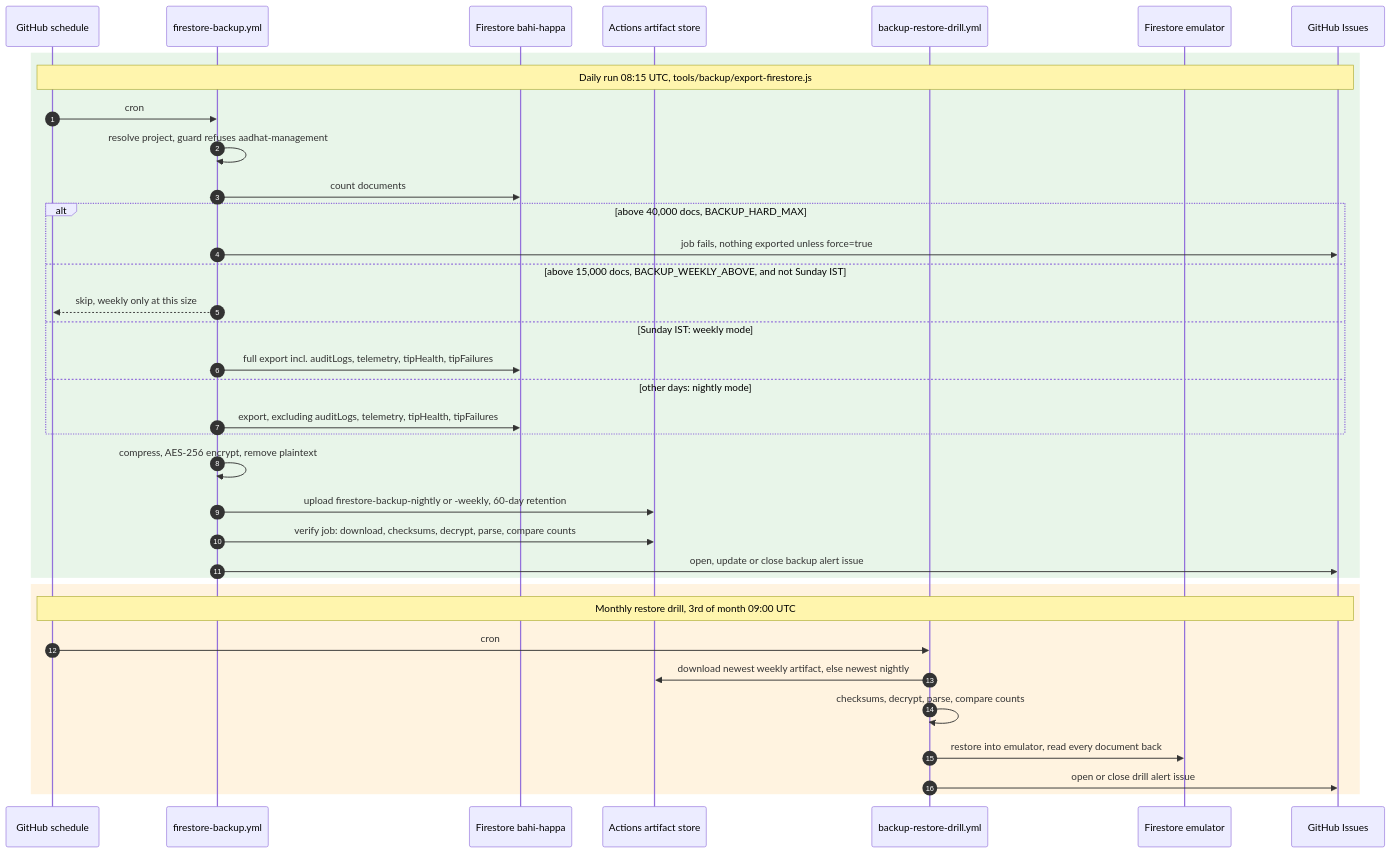
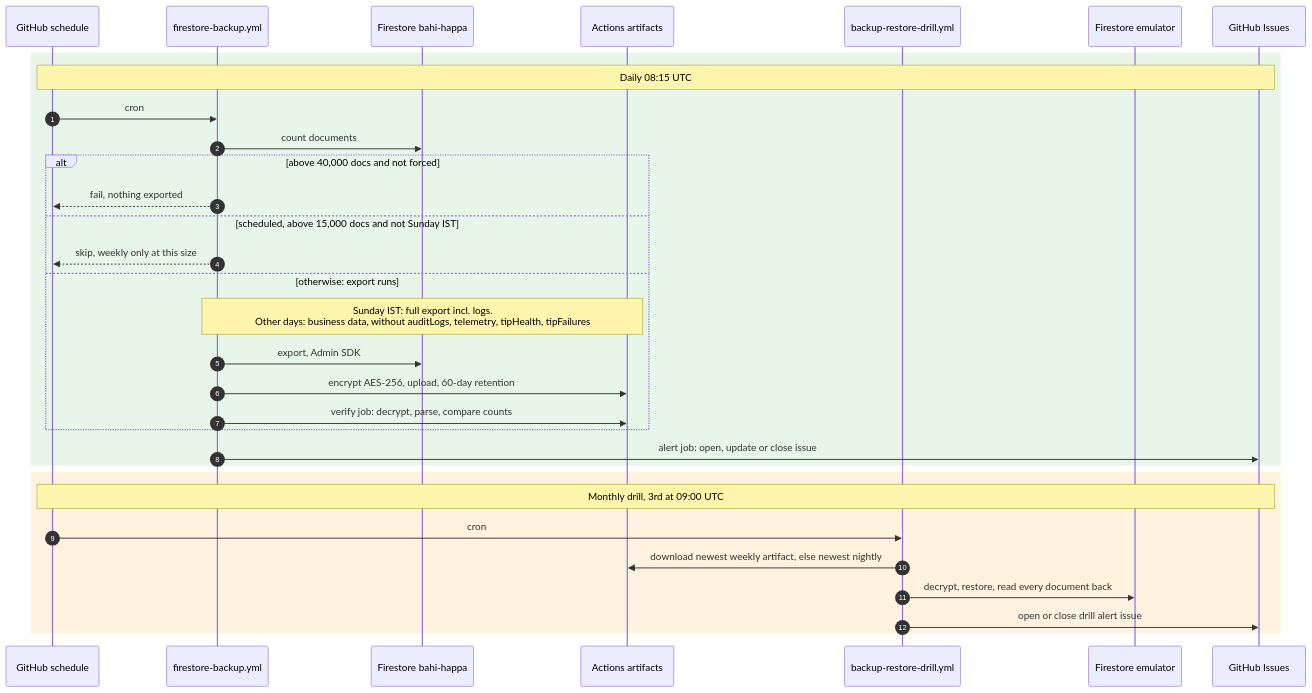
The sixth of 7 diagrams in docs/architecture/README.md (DDancingDeath/bahi), drawn with Mermaid before and after one commit. The commit also changed other lines of this file and 13 other files, not shown here.

First line of the commit message:
docs(architecture): tighten HLD after multi-agent review

````diff
--- a/docs/architecture/README.md
+++ b/docs/architecture/README.md
@@ -368,40 +246,36 @@
 ```mermaid
 sequenceDiagram
     autonumber
     participant S as GitHub schedule
     participant B as firestore-backup.yml
     participant DB as Firestore bahi-happa
-    participant A as Actions artifact store
+    participant A as Actions artifacts
     participant DR as backup-restore-drill.yml
     participant E as Firestore emulator
     participant I as GitHub Issues
 
     rect rgb(232, 245, 233)
-        Note over S,I: Daily run 08:15 UTC, tools/backup/export-firestore.js
+        Note over S,I: Daily 08:15 UTC
         S->>B: cron
-        B->>B: resolve project, guard refuses aadhat-management
         B->>DB: count documents
-        alt above 40,000 docs, BACKUP_HARD_MAX
-            B->>I: job fails, nothing exported unless force=true
-        else above 15,000 docs, BACKUP_WEEKLY_ABOVE, and not Sunday IST
+        alt above 40,000 docs and not forced
+            B-->>S: fail, nothing exported
+        else scheduled, above 15,000 docs and not Sunday IST
             B-->>S: skip, weekly only at this size
-        else Sunday IST: weekly mode
-            B->>DB: full export incl. auditLogs, telemetry, tipHealth, tipFailures
-        else other days: nightly mode
-            B->>DB: export, excluding auditLogs, telemetry, tipHealth, tipFailures
+        else otherwise: export runs
+            Note over B,A: Sunday IST: full export incl. logs.<br/>Other days: business data, without auditLogs, telemetry, tipHealth, tipFailures
+            B->>DB: export, Admin SDK
+            B->>A: encrypt AES-256, upload, 60-day retention
+            B->>A: verify job: decrypt, parse, compare counts
         end
-        B->>B: compress, AES-256 encrypt, remove plaintext
-        B->>A: upload firestore-backup-nightly or -weekly, 60-day retention
-        B->>A: verify job: download, checksums, decrypt, parse, compare counts
-        B->>I: open, update or close backup alert issue
+        B->>I: alert job: open, update or close issue
     end
 
     rect rgb(255, 243, 224)
-        Note over S,I: Monthly restore drill, 3rd of month 09:00 UTC
+        Note over S,I: Monthly drill, 3rd at 09:00 UTC
         S->>DR: cron
         DR->>A: download newest weekly artifact, else newest nightly
-        DR->>DR: checksums, decrypt, parse, compare counts
-        DR->>E: restore into emulator, read every document back
+        DR->>E: decrypt, restore, read every document back
         DR->>I: open or close drill alert issue
     end
 ```
````
